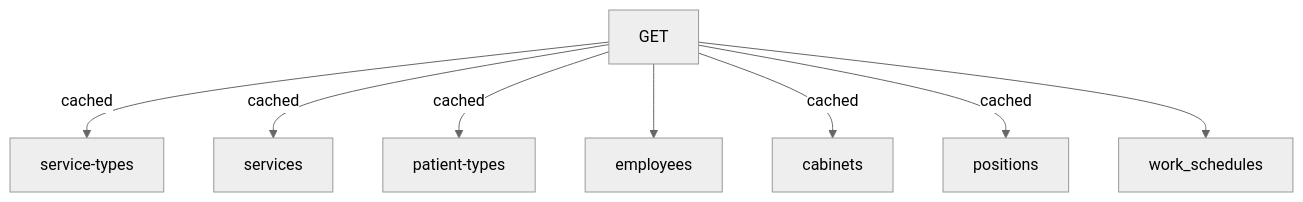
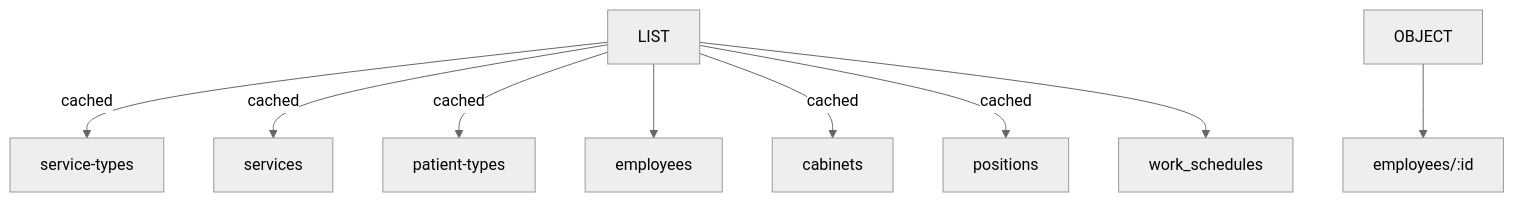
One commit to TheWitcher1991/hospital-next-js-django changed the second of 2 diagrams in backend/docs/shared.api.md. Above: the diagram before and after it, drawn with Mermaid (neutral theme). The commit also changed other lines of this file and 22 other files, not shown here.

Commit message:
update schemas, add core and patient services and api

````diff
--- a/backend/docs/shared.api.md
+++ b/backend/docs/shared.api.md
@@ -12,10 +13,11 @@
 ```mermaid
 flowchart TD
-    GET -- cached --> service-types
-    GET -- cached --> services
-    GET -- cached --> patient-types
-    GET --> employees
-    GET -- cached --> cabinets
-    GET -- cached --> positions
-    GET --> work_schedules
+    LIST   -- cached --> service-types
+    LIST   -- cached --> services
+    LIST   -- cached --> patient-types
+    LIST   --> employees
+    OBJECT --> employees/:id
+    LIST   -- cached --> cabinets
+    LIST   -- cached --> positions
+    LIST   --> work_schedules
 ```
````
